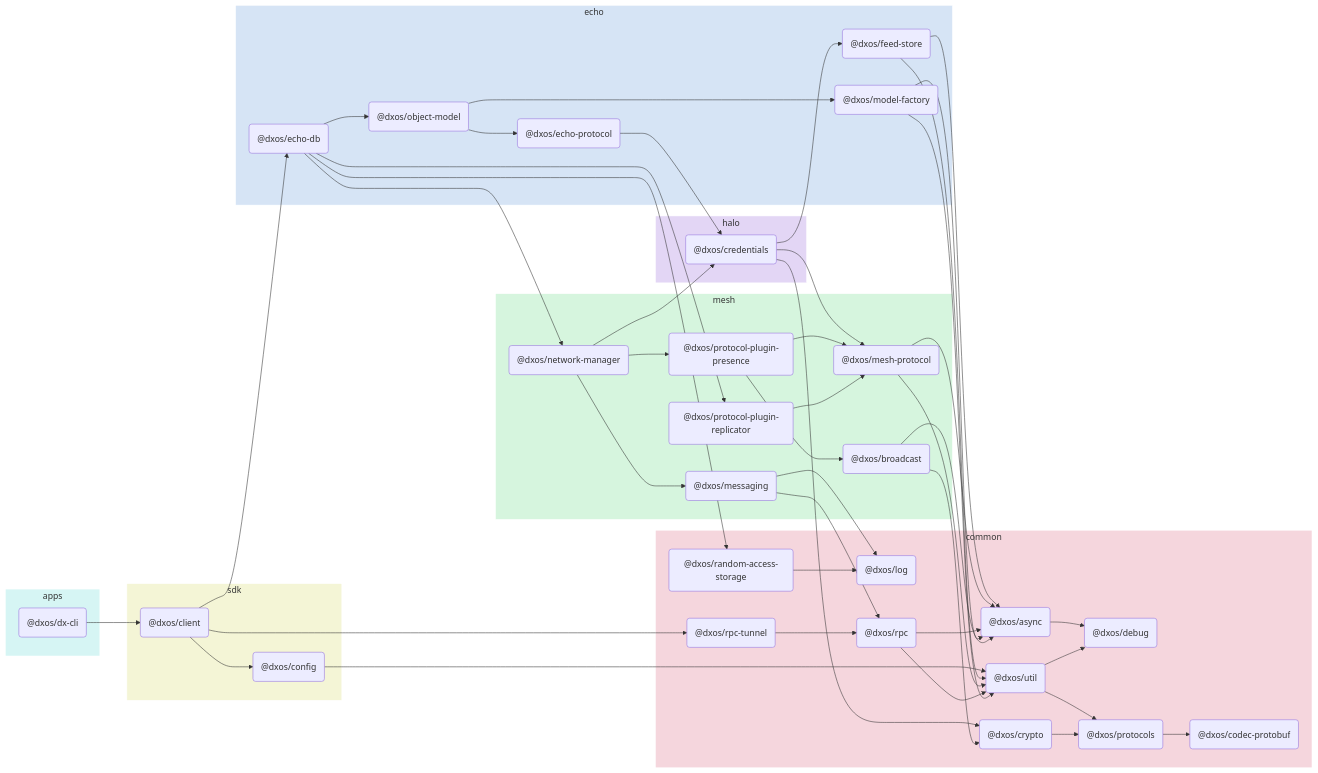
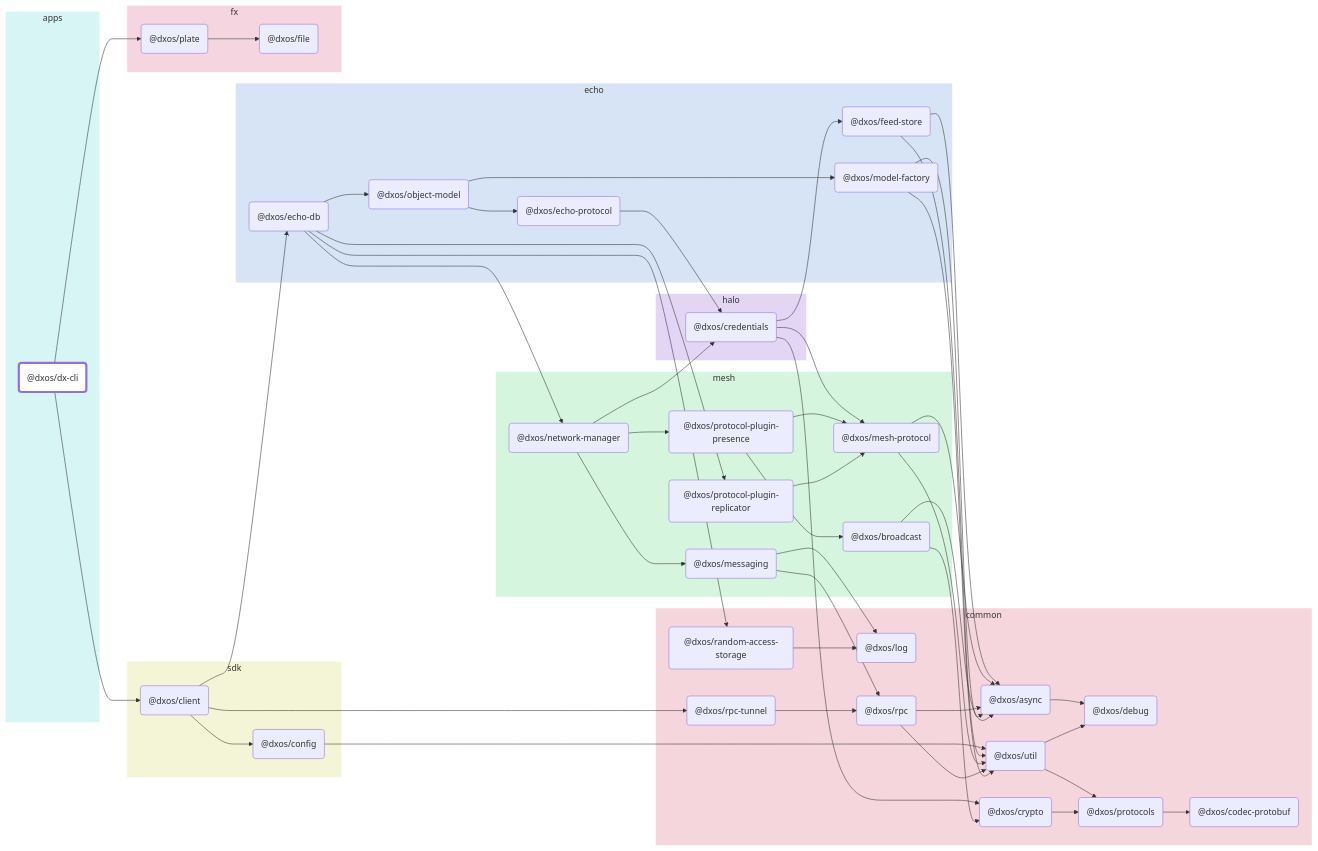
Before and after one commit to dxos/dxos: the diagram in apps/dx-cli/docs/README.md, drawn with Mermaid. The commit also changed other lines of this file and 88 other files, not shown here.

````diff
--- a/apps/dx-cli/docs/README.md
+++ b/apps/dx-cli/docs/README.md
@@ -5,5 +7,22 @@
 ```mermaid
 flowchart LR;
+
+style dxos/dx-cli fill:#fff,stroke-width:4px;
+
+click dxos/async "https:/github.com/dxos/dxos/tree/main/packages/common/async/docs";
+click dxos/debug "https:/github.com/dxos/dxos/tree/main/packages/common/debug/docs";
+click dxos/client "https:/github.com/dxos/dxos/tree/main/packages/sdk/client/docs";
+click dxos/codec-protobuf "https:/github.com/dxos/dxos/tree/main/packages/common/codec-protobuf/docs";
+click dxos/config "https:/github.com/dxos/dxos/tree/main/packages/sdk/config/docs";
+click dxos/echo-db "https:/github.com/dxos/dxos/tree/main/packages/echo/echo-db/docs";
+click dxos/model-factory "https:/github.com/dxos/dxos/tree/main/packages/echo/model-factory/docs";
+click dxos/protocols "https:/github.com/dxos/dxos/tree/main/packages/common/protocols/docs";
+click dxos/rpc "https:/github.com/dxos/dxos/tree/main/packages/common/rpc/docs";
+click dxos/rpc-tunnel "https:/github.com/dxos/dxos/tree/main/packages/common/rpc-tunnel/docs";
+click dxos/messaging "https:/github.com/dxos/dxos/tree/main/packages/mesh/messaging/docs";
+click dxos/util "https:/github.com/dxos/dxos/tree/main/packages/common/util/docs";
+click dxos/plate "https:/github.com/dxos/dxos/tree/main/packages/fx/plate/docs";
+click dxos/file "https:/github.com/dxos/dxos/tree/main/packages/fx/file/docs";
 
 subgraph apps
   style apps fill:#d6f5f4,stroke:#fff;
@@ -54,6 +73,12 @@
   dxos/protocol-plugin-replicator("@dxos/protocol-plugin-replicator");
 end
 
+subgraph fx
+  style fx fill:#f5d6e0,stroke:#fff;
+  dxos/plate("@dxos/plate");
+  dxos/file("@dxos/file");
+end
+
 dxos/async --> dxos/debug;
 dxos/dx-cli --> dxos/client;
 dxos/client --> dxos/config;
@@ -94,4 +119,6 @@
 dxos/random-access-storage --> dxos/log;
 dxos/client --> dxos/rpc-tunnel;
 dxos/rpc-tunnel --> dxos/rpc;
+dxos/dx-cli --> dxos/plate;
+dxos/plate --> dxos/file;
 ```
````
